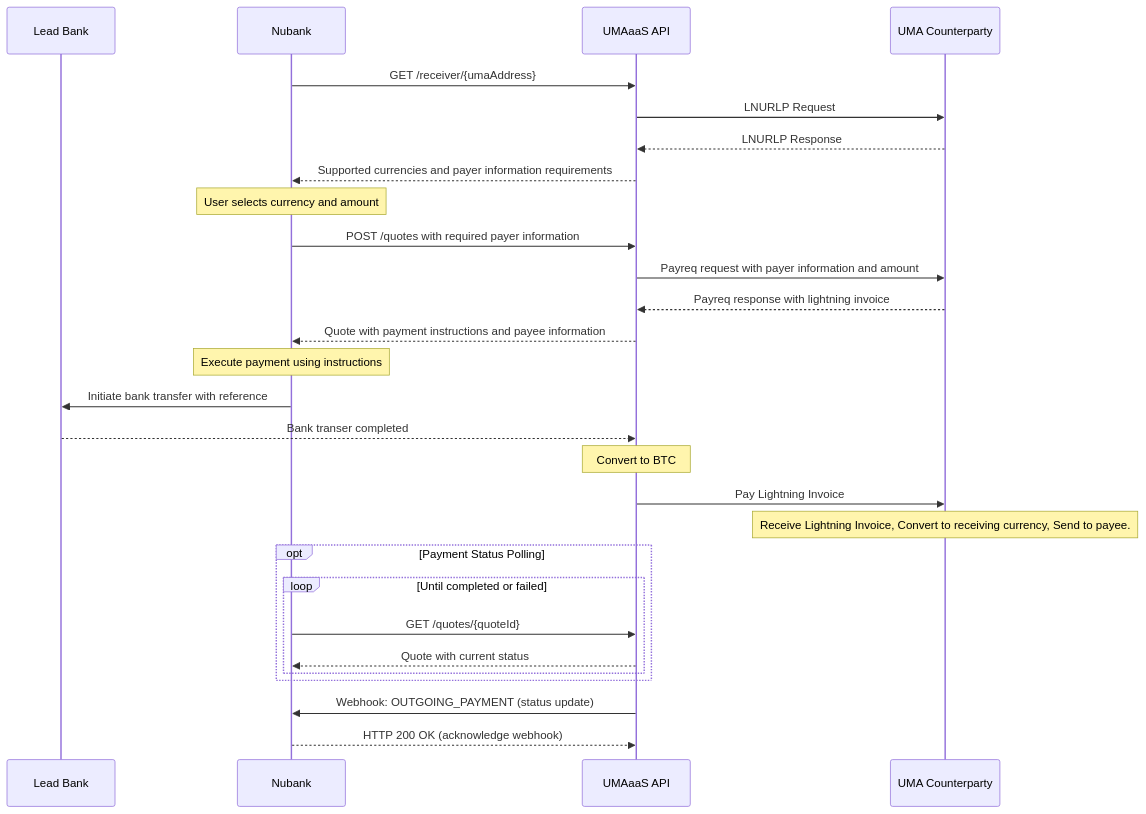
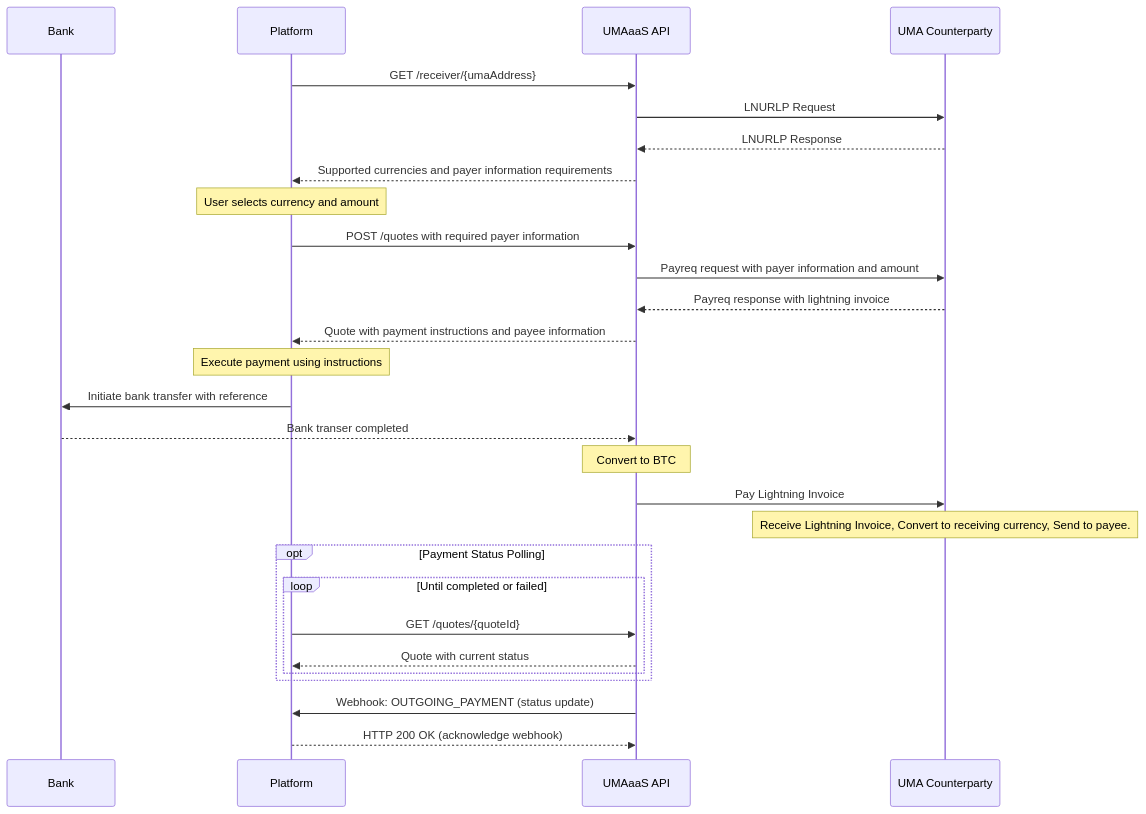
One commit to lightsparkdev/umaaas-api changed the diagram in docusaurus-docs/src/pages/sending-payments-jit.md. Above: the diagram before and after it, drawn with Mermaid. The commit also changed other lines of this file and 1 other file, not shown here.

Commit message:
Remove company names from details

````diff
--- a/docusaurus-docs/src/pages/sending-payments-jit.md
+++ b/docusaurus-docs/src/pages/sending-payments-jit.md
@@ -9,33 +9,33 @@
 ```mermaid
 sequenceDiagram
-    participant Bank as Lead Bank
-    participant Client as Nubank
+    participant Bank as Bank
+    participant Client as Platform
     participant UMAaaS as UMAaaS API
     participant Counterparty as UMA Counterparty
     
     Client->>UMAaaS: GET /receiver/{umaAddress}
     UMAaaS->>Counterparty: LNURLP Request
     Counterparty-->>UMAaaS: LNURLP Response
     UMAaaS-->>Client: Supported currencies and payer information requirements
     Note over Client: User selects currency and amount
     Client->>UMAaaS: POST /quotes with required payer information
     UMAaaS->>Counterparty: Payreq request with payer information and amount
     Counterparty-->>UMAaaS: Payreq response with lightning invoice
     UMAaaS-->>Client: Quote with payment instructions and payee information
     Note over Client: Execute payment using instructions
     Client->>Bank: Initiate bank transfer with reference
     Bank-->>UMAaaS: Bank transer completed
     Note over UMAaaS: Convert to BTC
     UMAaaS->>Counterparty: Pay Lightning Invoice
     Note over Counterparty: Receive Lightning Invoice, Convert to receiving currency, Send to payee.
     
     opt Payment Status Polling
         loop Until completed or failed
             Client->>UMAaaS: GET /quotes/{quoteId}
             UMAaaS-->>Client: Quote with current status
         end
     end
     
     UMAaaS->>Client: Webhook: OUTGOING_PAYMENT (status update)
     Client-->>UMAaaS: HTTP 200 OK (acknowledge webhook)
 ```
````
